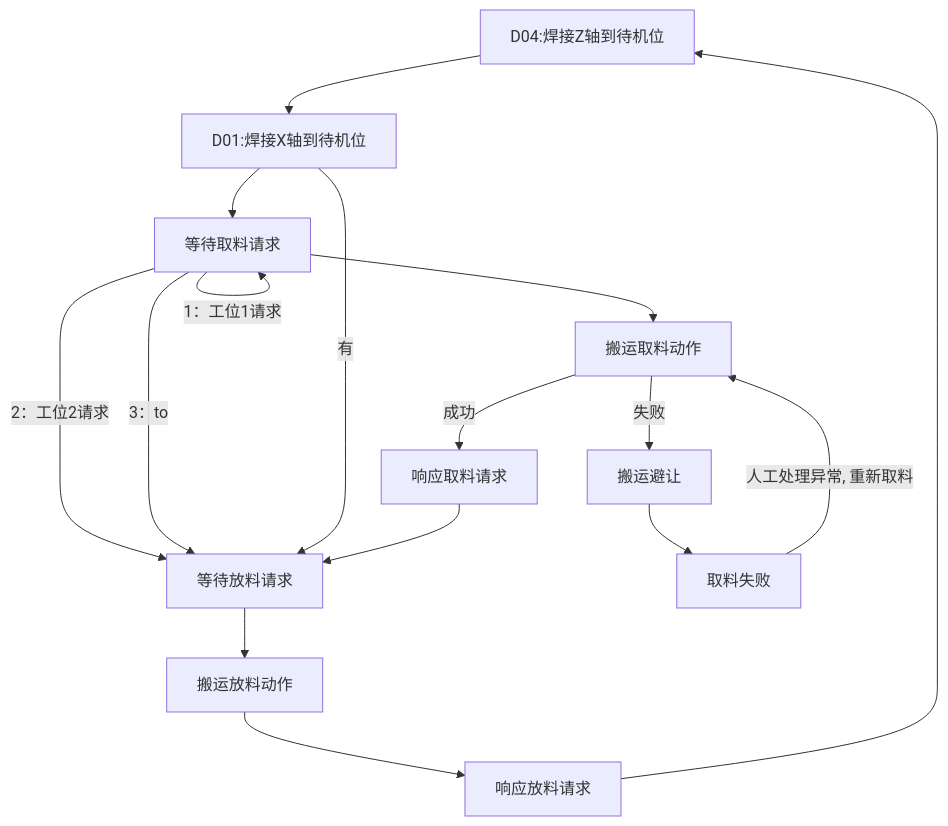
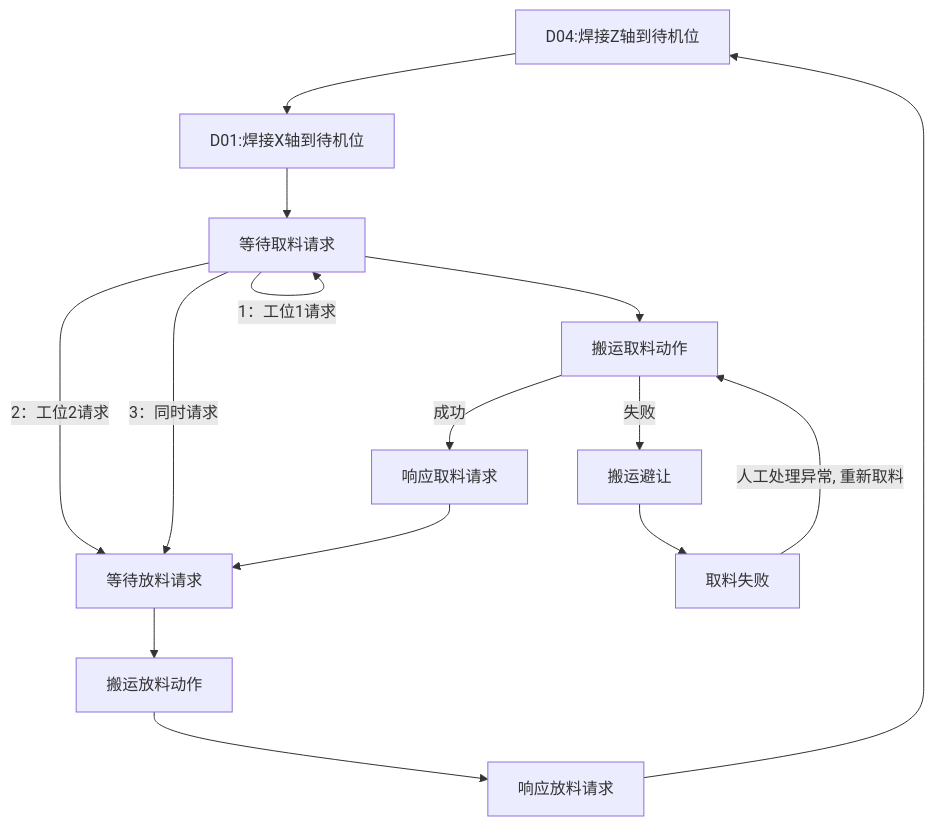
One commit to PengKun1/iodraw-files changed the diagram in all/OP10焊接工位自动流程.md. Above: the diagram before and after it, drawn with Mermaid.

Commit message:
2024-08-06 16:54:02 update

````diff
--- a/all/OP10焊接工位自动流程.md
+++ b/all/OP10焊接工位自动流程.md
@@ -1,21 +1,21 @@
 ```mermaid
 graph TD
 10[D04:焊接Z轴到待机位]-->20
 20[D01:焊接X轴到待机位]-->30
 30{等待请求焊接信号}-->|1：工位1请求|30
 30-->|2：工位2请求|60
-30-->|3：to|60
+30-->|3：同时请求|60
 
-20-->|有|60
+
 30[等待取料请求]-->40
 40[搬运取料动作]-->|成功|50
 40-->|失败|90
 50[响应取料请求]-->60
 60[等待放料请求]-->70
 70[搬运放料动作]-->80
 80[响应放料请求]-->10
 
 90[搬运避让]-->900
 
 900[取料失败]-->|人工处理异常, 重新取料|40
 ```
````
